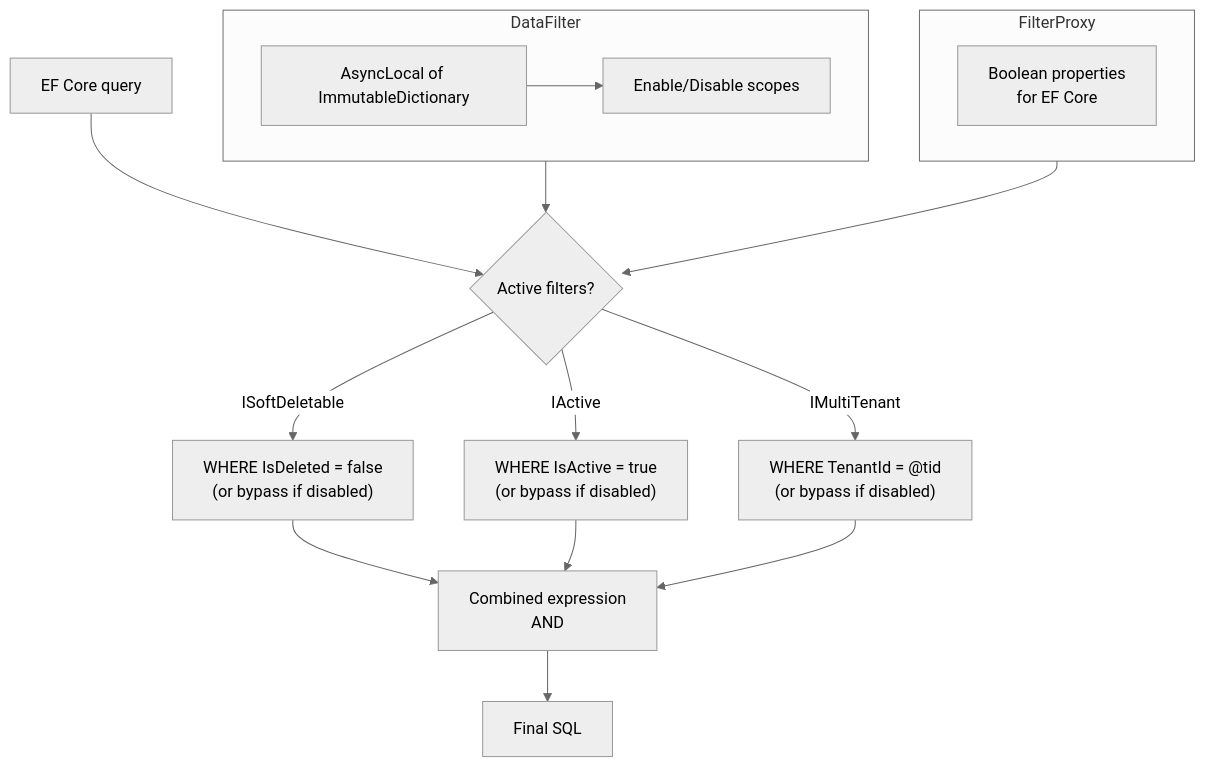
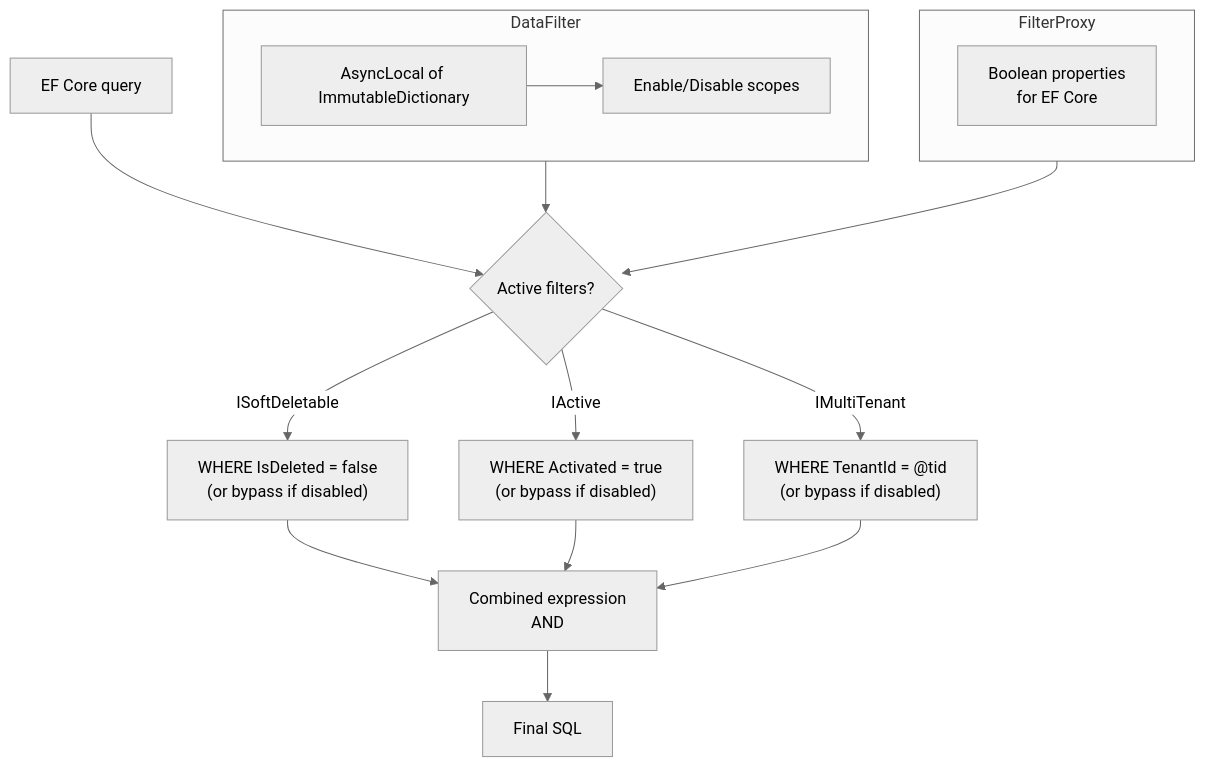
The diagram in docs-site/src/content/docs/dotnet/architecture/patterns/data-filtering.md (granit-fx/granit-dotnet), drawn with Mermaid (neutral theme) before and after one commit. The commit also changed other lines of this file and 33 other files, not shown here.

First line of the commit message:
refactor: propagate IActive.Activated rename to docs and test fixtures

````diff
--- a/docs-site/src/content/docs/dotnet/architecture/patterns/data-filtering.md
+++ b/docs-site/src/content/docs/dotnet/architecture/patterns/data-filtering.md
@@ -23,27 +23,27 @@
 ```mermaid
 flowchart TD
     Q[EF Core query] --> FB{Active filters?}
 
     FB -->|ISoftDeletable| F1["WHERE IsDeleted = false<br/>(or bypass if disabled)"]
-    FB -->|IActive| F2["WHERE IsActive = true<br/>(or bypass if disabled)"]
+    FB -->|IActive| F2["WHERE Activated = true<br/>(or bypass if disabled)"]
     FB -->|IMultiTenant| F3["WHERE TenantId = @tid<br/>(or bypass if disabled)"]
 
     F1 --> COMB["Combined expression<br/>AND"]
     F2 --> COMB
     F3 --> COMB
 
     COMB --> SQL[Final SQL]
 
     subgraph DataFilter
         DF["AsyncLocal of ImmutableDictionary"]
         EN[Enable/Disable scopes]
         DF --> EN
     end
 
     subgraph FilterProxy
         FP["Boolean properties<br/>for EF Core"]
     end
 
     DataFilter --> FB
     FilterProxy --> FB
 ```
````
